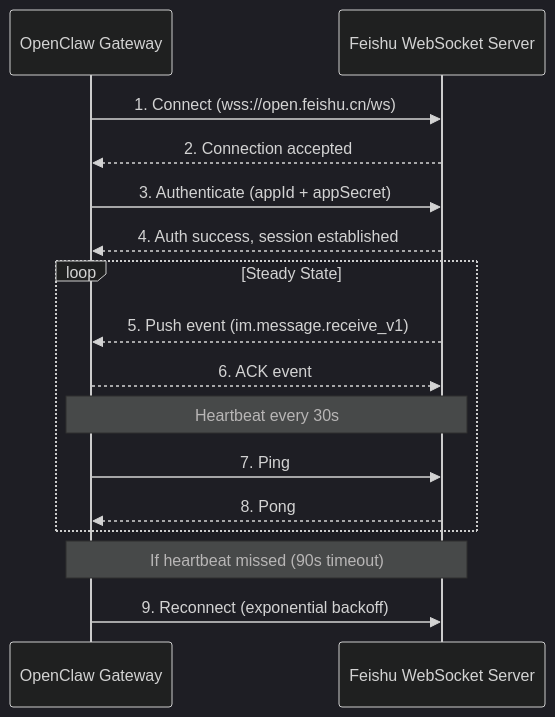
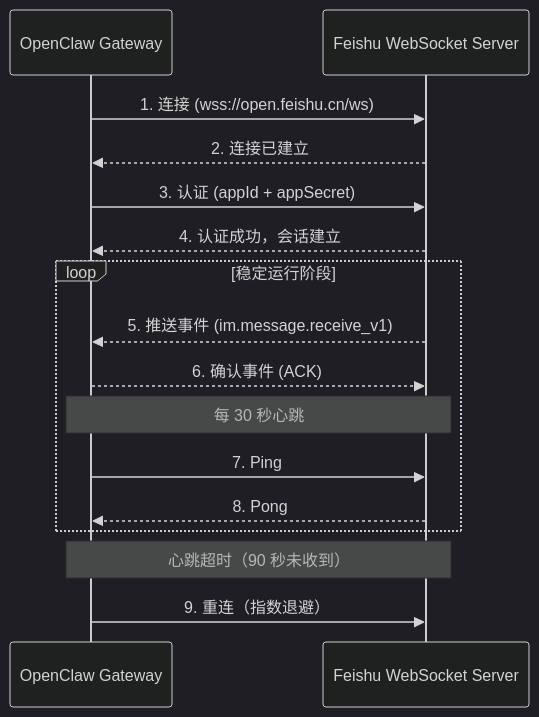
Before and after one commit to chan-kinghin/e-commerce-claw: the first of 3 diagrams in plans/PLAN-feishu-integration.md, drawn with Mermaid (dark theme). The commit also changed other lines of this file and 55 other files, not shown here.

````diff
--- a/plans/PLAN-feishu-integration.md
+++ b/plans/PLAN-feishu-integration.md
@@ -116,21 +116,21 @@
 ```mermaid
 sequenceDiagram
     participant OC as OpenClaw Gateway
     participant FS as Feishu WebSocket Server
 
-    OC->>FS: 1. Connect (wss://open.feishu.cn/ws)
-    FS-->>OC: 2. Connection accepted
-    OC->>FS: 3. Authenticate (appId + appSecret)
-    FS-->>OC: 4. Auth success, session established
+    OC->>FS: 1. 连接 (wss://open.feishu.cn/ws)
+    FS-->>OC: 2. 连接已建立
+    OC->>FS: 3. 认证 (appId + appSecret)
+    FS-->>OC: 4. 认证成功，会话建立
 
-    loop Steady State
-        FS-->>OC: 5. Push event (im.message.receive_v1)
-        OC-->>FS: 6. ACK event
-        Note over OC,FS: Heartbeat every 30s
+    loop 稳定运行阶段
+        FS-->>OC: 5. 推送事件 (im.message.receive_v1)
+        OC-->>FS: 6. 确认事件 (ACK)
+        Note over OC,FS: 每 30 秒心跳
         OC->>FS: 7. Ping
         FS-->>OC: 8. Pong
     end
 
-    Note over OC,FS: If heartbeat missed (90s timeout)
-    OC->>FS: 9. Reconnect (exponential backoff)
+    Note over OC,FS: 心跳超时（90 秒未收到）
+    OC->>FS: 9. 重连（指数退避）
 ```
````
